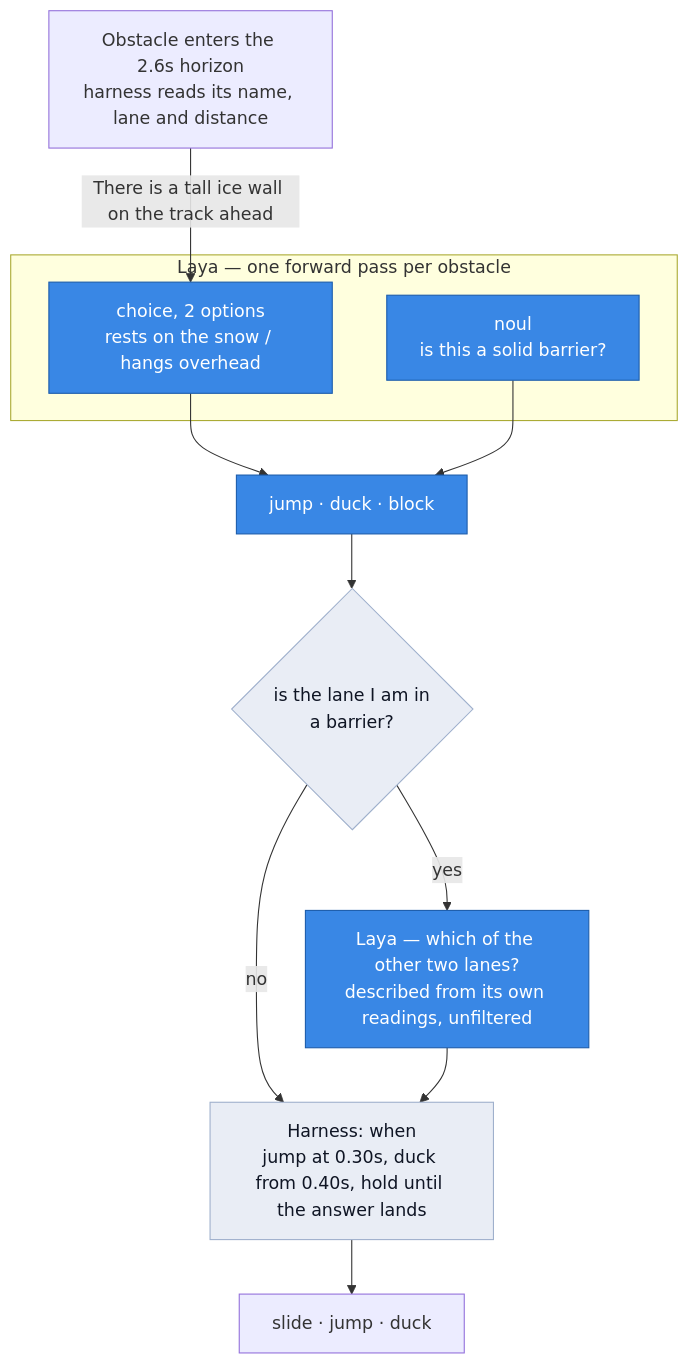
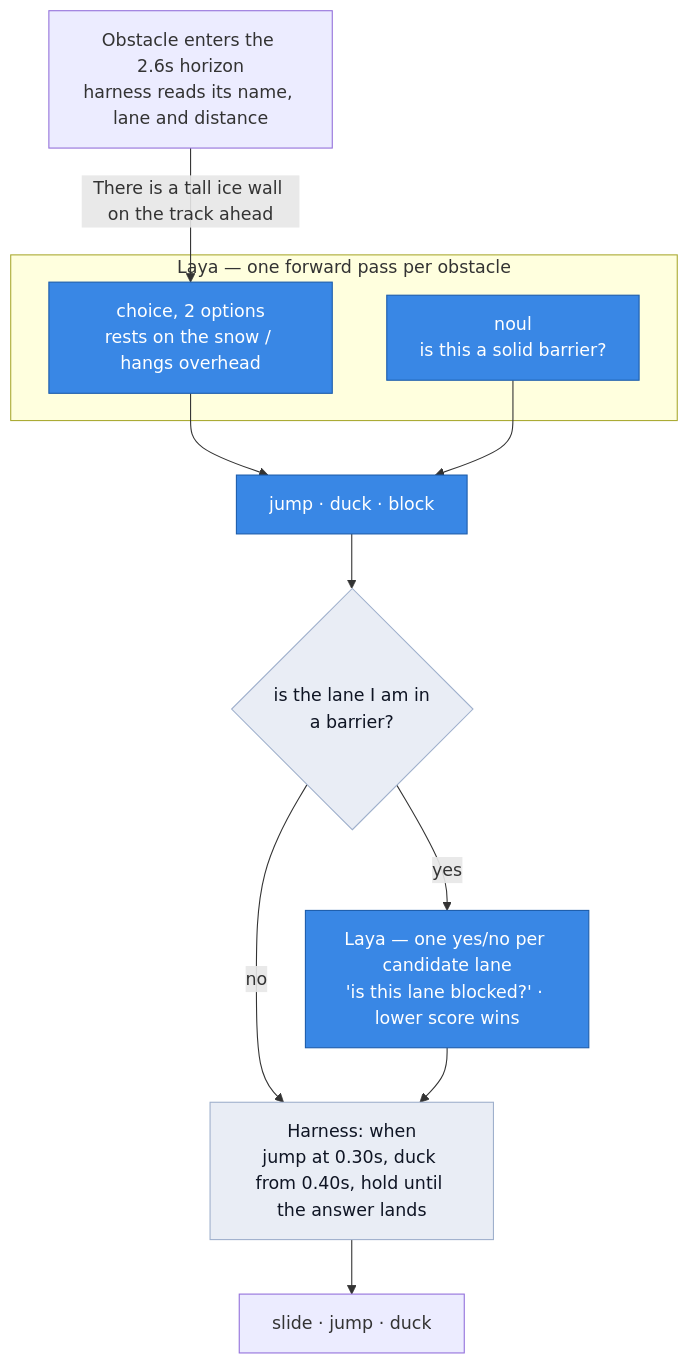
One commit to petrixh/laya-test changed the diagram in README.md. Above: the diagram before and after it, drawn with Mermaid. The commit also changed other lines of this file and 10 other files, not shown here.

````diff
--- a/README.md
+++ b/README.md
@@ -43,24 +44,24 @@
 ```mermaid
 flowchart TD
   O["Obstacle enters the 2.6s horizon<br/>harness reads its name, lane and distance"]
   O -->|"There is a tall ice wall on the track ahead"| Q1
 
   subgraph M ["Laya — one forward pass per obstacle"]
     Q1["choice, 2 options<br/>rests on the snow / hangs overhead"]
     Q2["noul<br/>is this a solid barrier?"]
   end
 
   Q1 --> C
   Q2 --> C
   C["jump · duck · block"]
   C --> G{"is the lane I am in<br/>a barrier?"}
   G -->|no| T
-  G -->|yes| L["Laya — which of the other two lanes?<br/>described from its own readings, unfiltered"]
+  G -->|yes| L["Laya — one yes/no per candidate lane<br/>'is this lane blocked?' · lower score wins"]
   L --> T["Harness: when<br/>jump at 0.30s, duck from 0.40s, hold until the answer lands"]
   T --> A["slide · jump · duck"]
 
   classDef model fill:#3987e5,stroke:#1c5cab,color:#ffffff;
   classDef rule fill:#e9edf5,stroke:#9fb0cc,color:#0f1524;
   class Q1,Q2,C,L model;
   class T,G rule;
 ```
````
